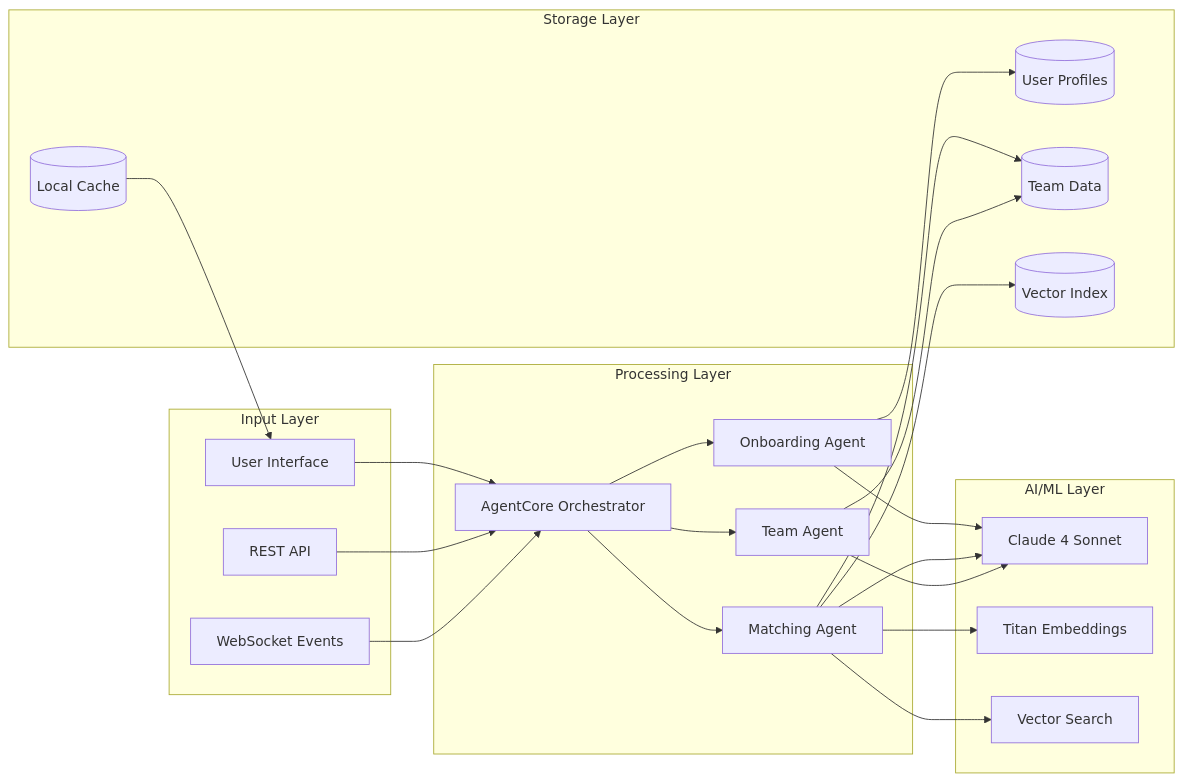
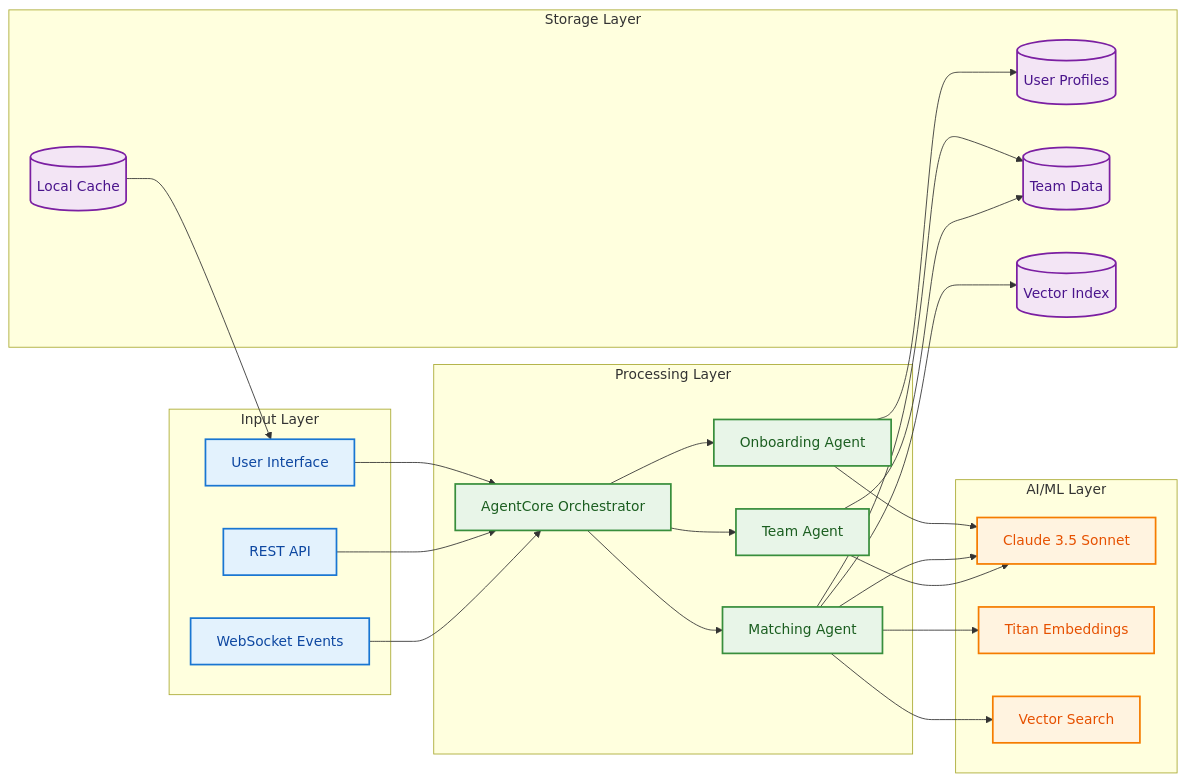
The third of 3 diagrams in README.md (Jobeer1/Find-your-Team), drawn with Mermaid before and after one commit.

````diff
--- a/README.md
+++ b/README.md
@@ -221,49 +221,62 @@
 ```mermaid
 graph LR
-    subgraph "Input Layer"
-        UI[User Interface]
-        API[REST API]
-        WS[WebSocket Events]
+    subgraph InputLayer ["Input Layer"]
+        UI["User Interface"]
+        API["REST API"]
+        WS["WebSocket Events"]
     end
     
-    subgraph "Processing Layer"
-        AC[AgentCore Orchestrator]
-        OA[Onboarding Agent]
-        MA[Matching Agent]
-        TA[Team Agent]
+    subgraph ProcessingLayer ["Processing Layer"]
+        AC["AgentCore Orchestrator"]
+        OA["Onboarding Agent"]
+        MA["Matching Agent"]
+        TA["Team Agent"]
     end
     
-    subgraph "AI/ML Layer"
-        Claude[Claude 4 Sonnet]
-        Embeddings[Titan Embeddings]
-        Search[Vector Search]
+    subgraph AILayer ["AI/ML Layer"]
+        Claude["Claude 3.5 Sonnet"]
+        Embeddings["Titan Embeddings"]
+        Search["Vector Search"]
     end
     
-    subgraph "Storage Layer"
-        Profiles[(User Profiles)]
-        Teams[(Team Data)]
-        Vectors[(Vector Index)]
-        Cache[(Local Cache)]
+    subgraph StorageLayer ["Storage Layer"]
+        Profiles[("User Profiles")]
+        Teams[("Team Data")]
+        Vectors[("Vector Index")]
+        Cache[("Local Cache")]
     end
     
+    %% Data flow connections
     UI --> AC
     API --> AC
     WS --> AC
     
     AC --> OA
     AC --> MA
     AC --> TA
     
     OA --> Claude
     MA --> Claude
     MA --> Embeddings
     MA --> Search
     TA --> Claude
     
     OA --> Profiles
     MA --> Teams
     MA --> Vectors
     TA --> Teams
     
     Cache --> UI
+    
+    %% Color styling for different layers
+    classDef input fill:#E3F2FD,stroke:#1976D2,stroke-width:2px,color:#0D47A1
+    classDef processing fill:#E8F5E8,stroke:#388E3C,stroke-width:2px,color:#1B5E20
+    classDef ai fill:#FFF3E0,stroke:#F57C00,stroke-width:2px,color:#E65100
+    classDef storage fill:#F3E5F5,stroke:#7B1FA2,stroke-width:2px,color:#4A148C
+    
+    %% Apply styles to nodes
+    class UI,API,WS input
+    class AC,OA,MA,TA processing
+    class Claude,Embeddings,Search ai
+    class Profiles,Teams,Vectors,Cache storage
 ```
````
